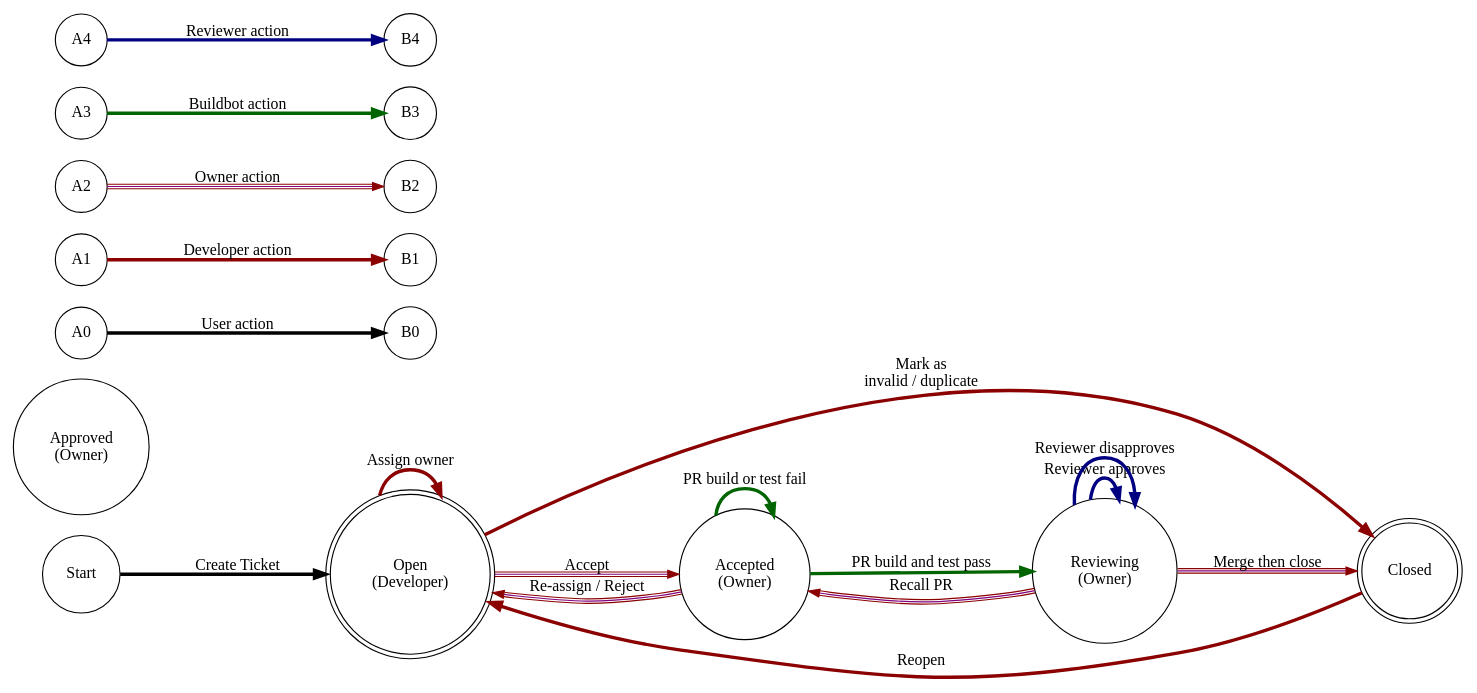
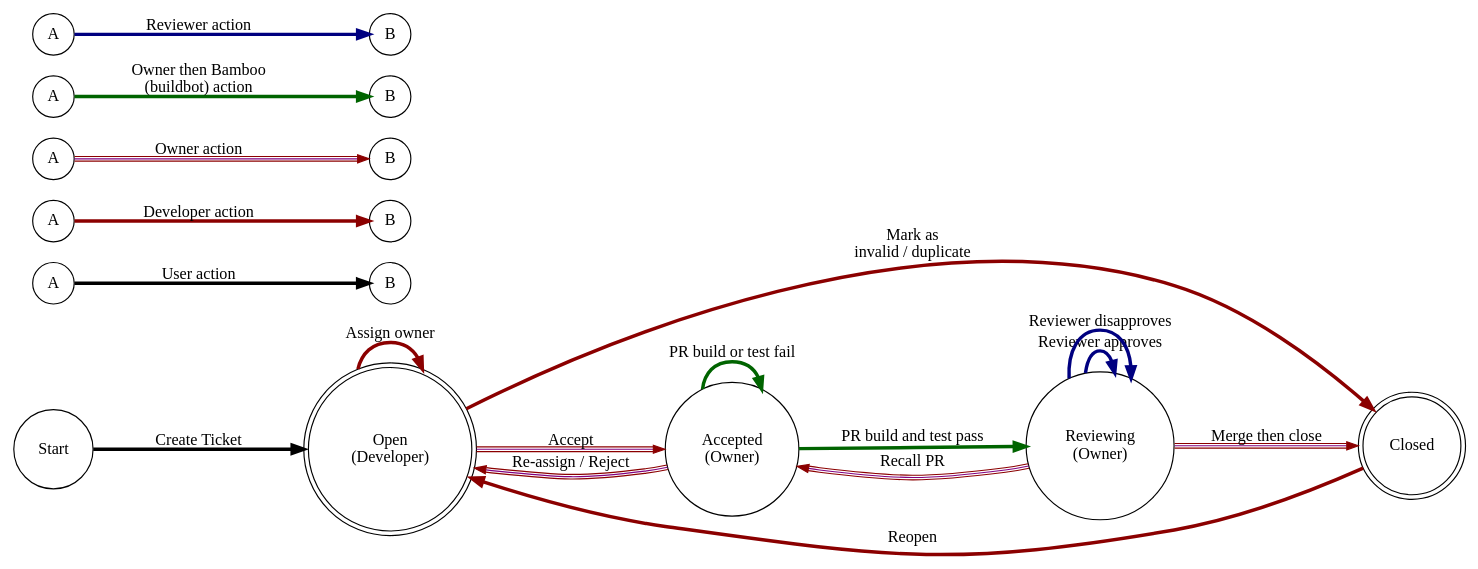
Before and after one commit to kennethho/JIRA-OnDemand-with-self-hosted-Bamboo: the diagram in jira-workflow.dot, drawn with Graphviz.

Commit message:
Renamed a few labels

```diff
--- a/jira-workflow.dot
+++ b/jira-workflow.dot
@@ -1,31 +1,42 @@
 digraph jira_workflow {
 	rankdir=LR;
 	size="16,16"
 	node [ shape = doublecircle ]; Open Closed;
 	node [ shape = circle ];
         edge [ penwidth=3.0 ];
         
         Open              [ label = "Open\n(Developer)" ];
         Accepted          [ label = "Accepted\n(Owner)" ];
         Reviewing         [ label = "Reviewing\n(Owner)" ];
-        Approved          [ label = "Approved\n(Owner)" ];
         
         Start             -> Open              [ label = "Create Ticket" ];
         Open              -> Open              [ label = "Assign owner" color = "red4" ];
         Open              -> Closed            [ label = "Mark as\ninvalid / duplicate" color = "red4" ];
         Open              -> Accepted          [ label = "Accept" color = "red4:purple:red4" penwidth=1.0 ];
         Accepted          -> Open              [ label = "Re-assign / Reject" color = "red4:purple:red4" penwidth=1.0 ];
         Accepted          -> Reviewing         [ label = "PR build and test pass" color = "darkgreen" ];
         Accepted          -> Accepted          [ label = "PR build or test fail" color = "darkgreen" ];
         Reviewing         -> Reviewing         [ label = "Reviewer approves" color = "navy" ];
         Reviewing         -> Reviewing         [ label = "Reviewer disapproves" color = "navy" ];
         Reviewing         -> Closed            [ label = "Merge then close" color = "red4:purple:red4" penwidth=1.0 ];
         Reviewing         -> Accepted          [ label = "Recall PR" color = "red4:purple:red4" penwidth=1.0 ];
         Closed            -> Open              [ label = "Reopen" color = "red4" ];
 
+        A0       [ label = "A" ];
+        A1       [ label = "A" ];
+        A2       [ label = "A" ];
+        A3       [ label = "A" ];
+        A4       [ label = "A" ];
+        
+        B0       [ label = "B" ];
+        B1       [ label = "B" ];
+        B2       [ label = "B" ];
+        B3       [ label = "B" ];
+        B4       [ label = "B" ];
+
         A0 -> B0 [ label = "User action" ];
         A1 -> B1 [ label = "Developer action" color = "red4" ];
         A2 -> B2 [ label = "Owner action" color = "red4:purple:red4" penwidth=1.0 ];
-        A3 -> B3 [ label = "Buildbot action" color = "darkgreen" ];
+        A3 -> B3 [ label = "Owner then Bamboo\n(buildbot) action" color = "darkgreen" ];
         A4 -> B4 [ label = "Reviewer action" color = "navy" ];
 }
```
